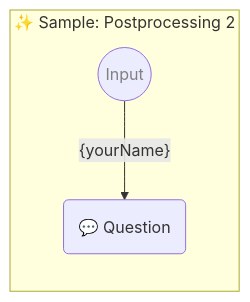
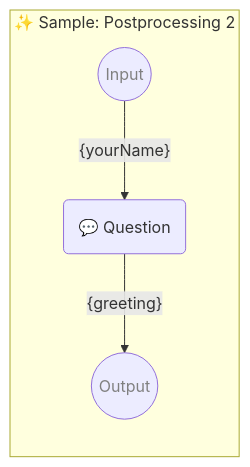
One commit to webgptorg/promptbook changed the diagram in samples/templates/41-postprocessing.ptbk.md. Above: the diagram before and after it, drawn with Mermaid. The commit also changed other lines of this file and 43 other files, not shown here.

````diff
--- a/samples/templates/41-postprocessing.ptbk.md
+++ b/samples/templates/41-postprocessing.ptbk.md
@@ -12,16 +13,20 @@
 ```mermaid
 %% 🔮 Tip: Open this on GitHub or in the VSCode website to see the Mermaid graph visually
 
 flowchart LR
   subgraph "✨ Sample: Postprocessing 2"
 
       direction TB
 
       input((Input)):::input
       templateQuestion(💬 Question)
       input--"{yourName}"-->templateQuestion
 
+      templateQuestion--"{greeting}"-->output
+      output((Output)):::output
+
       classDef input color: grey;
+      classDef output color: grey;
 
   end;
 ```
````
